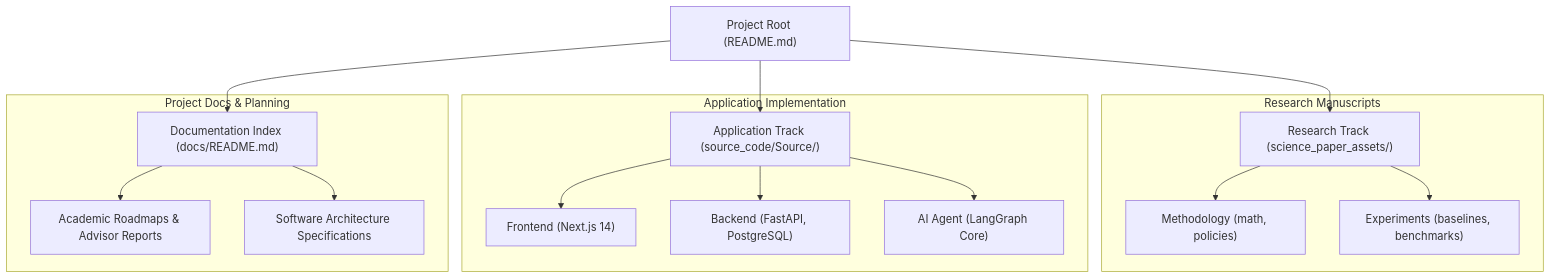
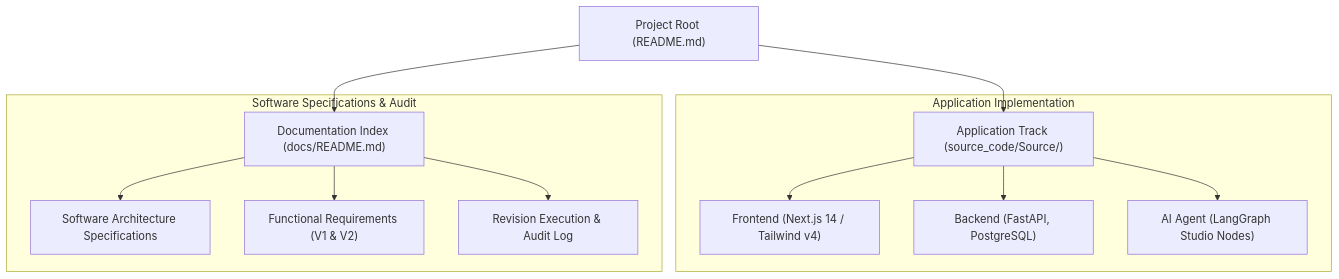
One commit to trungka982004/Agentic_rag_final_project changed the diagram in docs/README.md. Above: the diagram before and after it, drawn with Mermaid. The commit also changed other lines of this file and 35 other files, not shown here.

````diff
--- a/docs/README.md
+++ b/docs/README.md
@@ -38,22 +28,17 @@
 ```mermaid
 flowchart TD
-    Root["Project Root (README.md)"] --> Research["Research Track (science_paper_assets/)"]
-    Root --> App["Application Track (source_code/Source/)"]
+    Root["Project Root (README.md)"] --> App["Application Track (source_code/Source/)"]
     Root --> Docs["Documentation Index (docs/README.md)"]
     
-    subgraph ResearchTrack ["Research Manuscripts"]
-        Research --> Meth["Methodology (math, policies)"]
-        Research --> Exp["Experiments (baselines, benchmarks)"]
+    subgraph AppTrack ["Application Implementation"]
+        App --> Front["Frontend (Next.js 14 / Tailwind v4)"]
+        App --> Back["Backend (FastAPI, PostgreSQL)"]
+        App --> Agent["AI Agent (LangGraph Studio Nodes)"]
     end
     
-    subgraph AppTrack ["Application Implementation"]
-        App --> Front["Frontend (Next.js 14)"]
-        App --> Back["Backend (FastAPI, PostgreSQL)"]
-        App --> Agent["AI Agent (LangGraph Core)"]
-    end
-    
-    subgraph DocsTrack ["Project Docs & Planning"]
-        Docs --> PaperRoadmap["Academic Roadmaps & Advisor Reports"]
+    subgraph DocsTrack ["Software Specifications & Audit"]
         Docs --> SoftPlan["Software Architecture Specifications"]
+        Docs --> FRS["Functional Requirements (V1 & V2)"]
+        Docs --> Audit["Revision Execution & Audit Log"]
     end
 ```
````
